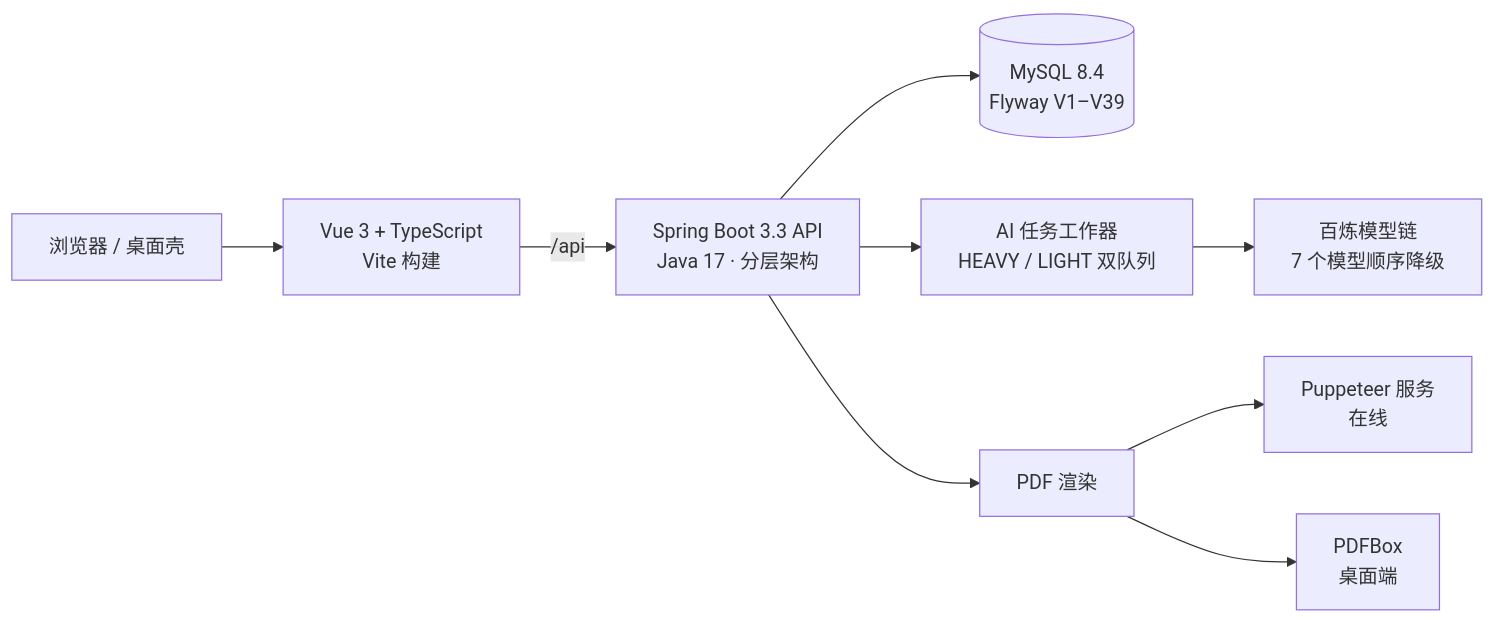
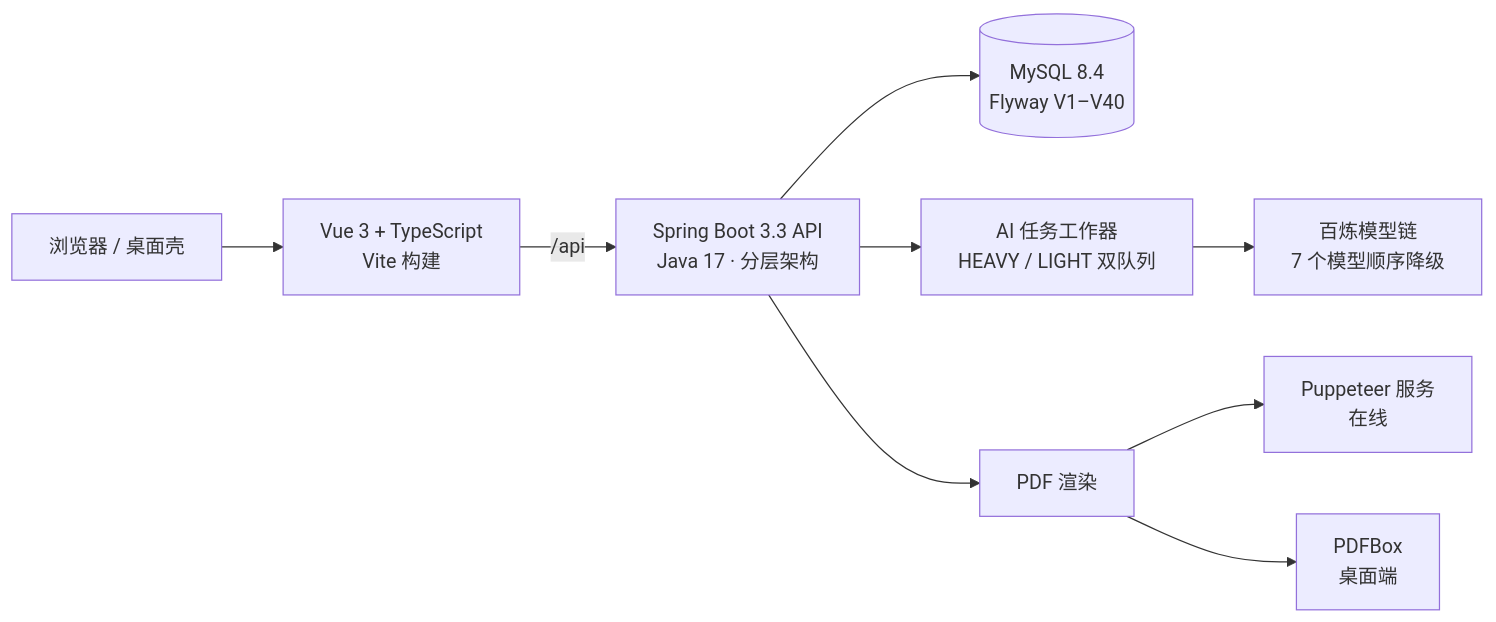
One commit to BYNekoNay/intelligent-resume-builder changed the diagram in README.md. Above: the diagram before and after it, drawn with Mermaid. The commit also changed other lines of this file and 6 other files, not shown here.

````diff
--- a/README.md
+++ b/README.md
@@ -77,11 +77,11 @@
 ```mermaid
 flowchart LR
   B["浏览器 / 桌面壳"] --> W["Vue 3 + TypeScript<br/>Vite 构建"]
   W -->|"/api"| A["Spring Boot 3.3 API<br/>Java 17 · 分层架构"]
-  A --> DB[("MySQL 8.4<br/>Flyway V1–V39")]
+  A --> DB[("MySQL 8.4<br/>Flyway V1–V40")]
   A --> WK["AI 任务工作器<br/>HEAVY / LIGHT 双队列"]
   WK --> LLM["百炼模型链<br/>7 个模型顺序降级"]
   A --> PDF["PDF 渲染"]
   PDF --> P1["Puppeteer 服务<br/>在线"]
   PDF --> P2["PDFBox<br/>桌面端"]
 ```
````
